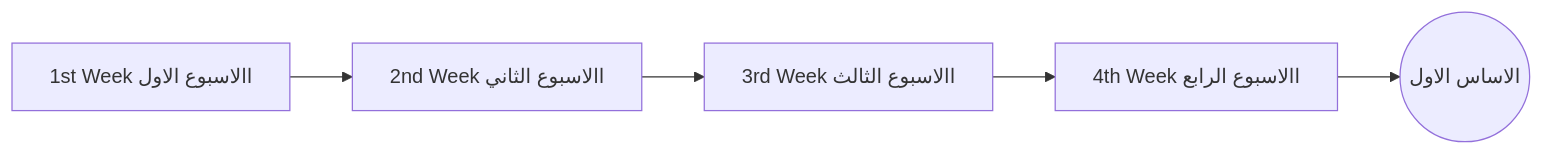
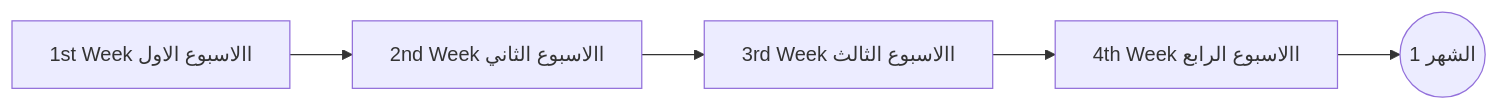
One commit to metigator/Roadmap changed the first of 12 diagrams in README.md. Above: the diagram before and after it, drawn with Mermaid. The commit also changed other lines of this file, not shown here.

````diff
--- a/README.md
+++ b/README.md
@@ -8,7 +8,7 @@
 ```mermaid
 graph LR
     A[1st Week االاسبوع الاول]--> B((Square Rect))
     B[2nd Week االاسبوع الثاني]--> C((Square Rect))
     C[3rd Week االاسبوع الثالث]--> D((Square Rect))
-    D[4th Week االاسبوع الرابع]--> E((الاساس الاول))
+    D[4th Week االاسبوع الرابع]--> E((الشهر 1))
 ```
````
